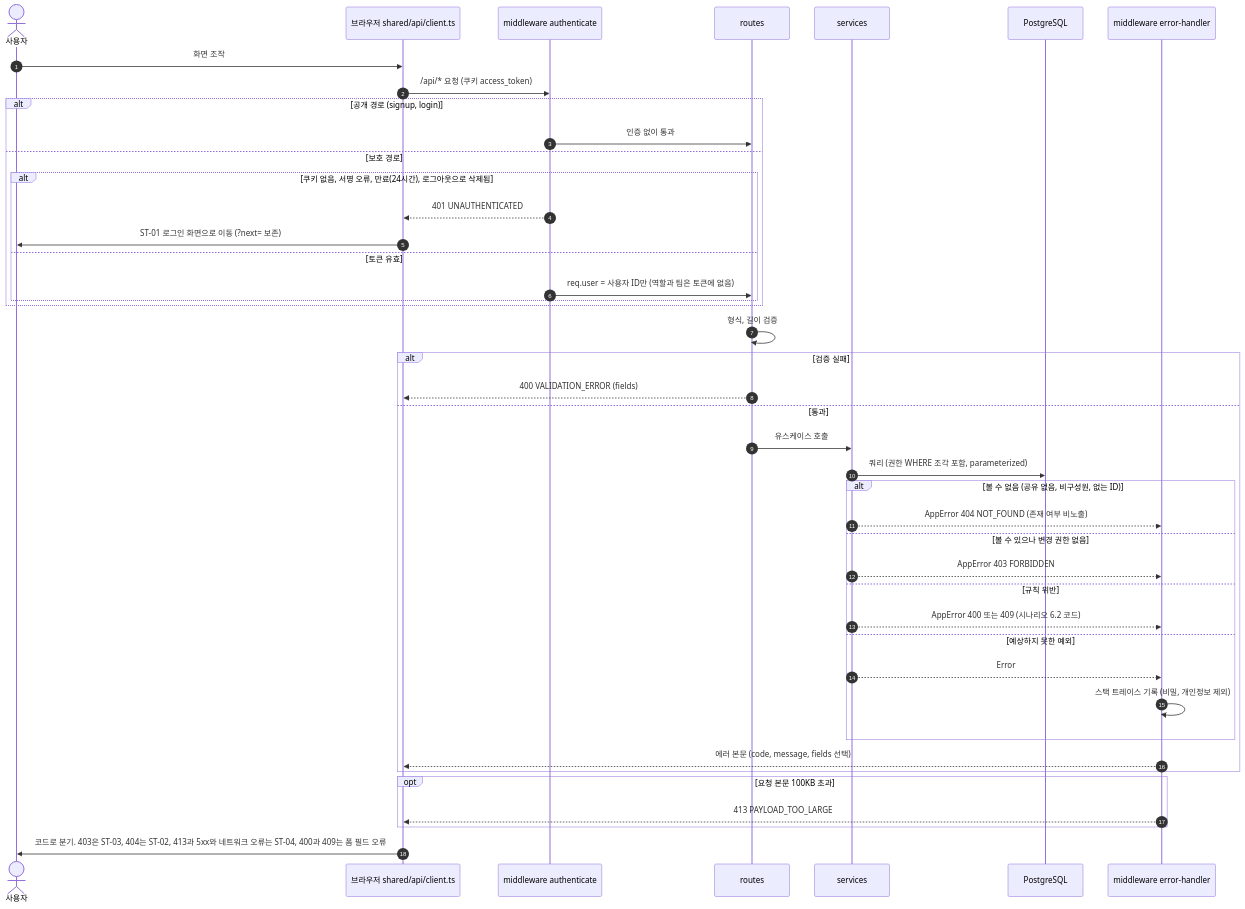
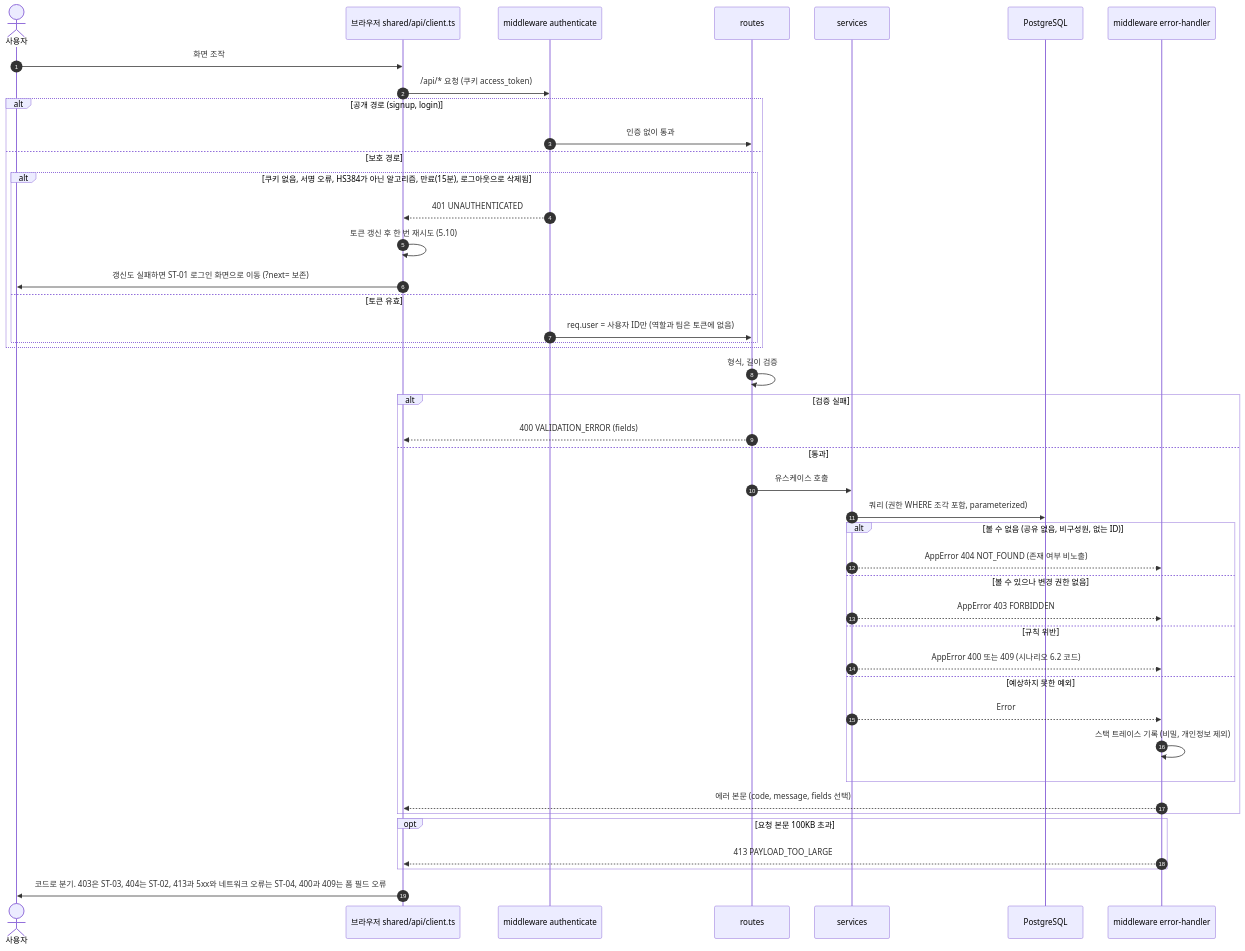
The fifth of 14 diagrams in docs/6-arch-diagram.md (hjining-o/todolist-app), drawn with Mermaid before and after one commit. The commit also changed other lines of this file and 5 other files, not shown here.

````diff
--- a/docs/6-arch-diagram.md
+++ b/docs/6-arch-diagram.md
@@ -224,46 +228,47 @@
 ```mermaid
 sequenceDiagram
     autonumber
     actor U as 사용자
     participant CL as 브라우저 shared/api/client.ts
     participant AM as middleware authenticate
     participant RT as routes
     participant SV as services
     participant DB as PostgreSQL
     participant EH as middleware error-handler
 
     U->>CL: 화면 조작
     CL->>AM: /api/* 요청 (쿠키 access_token)
     alt 공개 경로 (signup, login)
         AM->>RT: 인증 없이 통과
     else 보호 경로
-        alt 쿠키 없음, 서명 오류, 만료(24시간), 로그아웃으로 삭제됨
+        alt 쿠키 없음, 서명 오류, HS384가 아닌 알고리즘, 만료(15분), 로그아웃으로 삭제됨
             AM-->>CL: 401 UNAUTHENTICATED
-            CL->>U: ST-01 로그인 화면으로 이동 (?next= 보존)
+            CL->>CL: 토큰 갱신 후 한 번 재시도 (5.10)
+            CL->>U: 갱신도 실패하면 ST-01 로그인 화면으로 이동 (?next= 보존)
         else 토큰 유효
             AM->>RT: req.user = 사용자 ID만 (역할과 팀은 토큰에 없음)
         end
     end
     RT->>RT: 형식, 길이 검증
     alt 검증 실패
         RT-->>CL: 400 VALIDATION_ERROR (fields)
     else 통과
         RT->>SV: 유스케이스 호출
         SV->>DB: 쿼리 (권한 WHERE 조각 포함, parameterized)
         alt 볼 수 없음 (공유 없음, 비구성원, 없는 ID)
             SV-->>EH: AppError 404 NOT_FOUND (존재 여부 비노출)
         else 볼 수 있으나 변경 권한 없음
             SV-->>EH: AppError 403 FORBIDDEN
         else 규칙 위반
             SV-->>EH: AppError 400 또는 409 (시나리오 6.2 코드)
         else 예상하지 못한 예외
             SV-->>EH: Error
             EH->>EH: 스택 트레이스 기록 (비밀, 개인정보 제외)
         end
         EH-->>CL: 에러 본문 (code, message, fields 선택)
     end
     opt 요청 본문 100KB 초과
         EH-->>CL: 413 PAYLOAD_TOO_LARGE
     end
     CL->>U: 코드로 분기. 403은 ST-03, 404는 ST-02, 413과 5xx와 네트워크 오류는 ST-04, 400과 409는 폼 필드 오류
 ```
````
